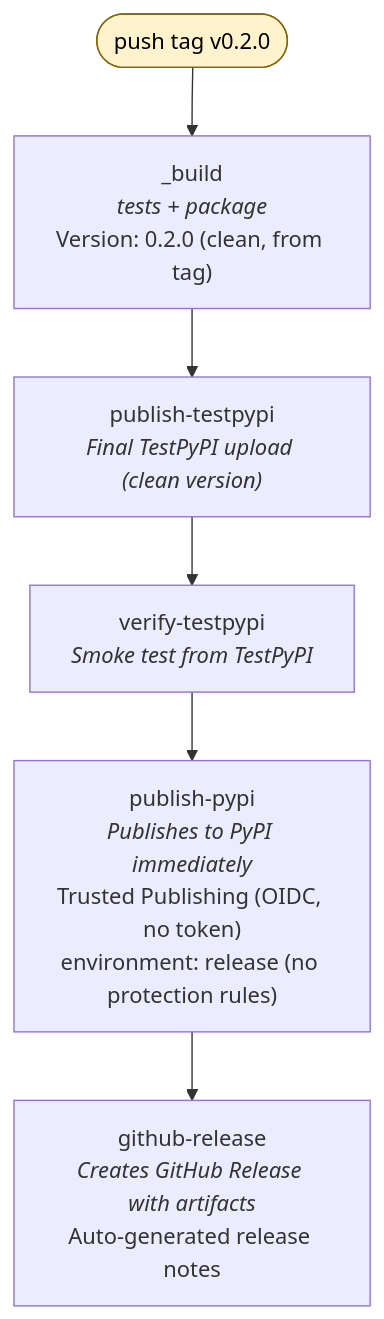
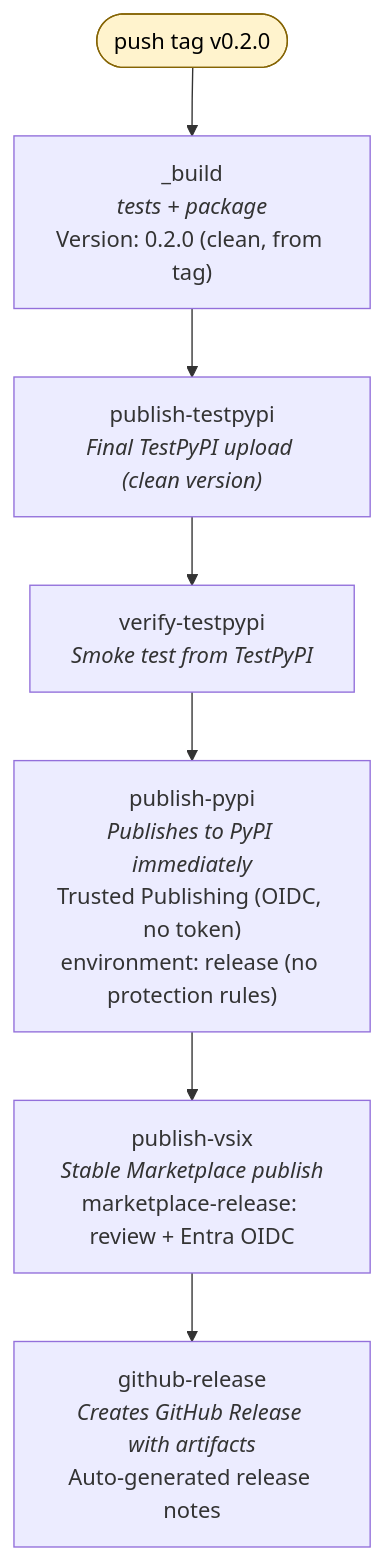
One commit to Azure/agentops changed the second of 3 diagrams in docs/release-process.md. Above: the diagram before and after it, drawn with Mermaid. The commit also changed other lines of this file and 12 other files, not shown here.

First line of the commit message:
ci: replace Marketplace PAT with Entra OIDC publishing

````diff
--- a/docs/release-process.md
+++ b/docs/release-process.md
@@ -538,14 +481,15 @@
 ```mermaid
 flowchart TD
     tag(["push tag v0.2.0"])
     build["_build<br/><i>tests + package</i><br/>Version: 0.2.0 (clean, from tag)"]
     publishTest["publish-testpypi<br/><i>Final TestPyPI upload (clean version)</i>"]
     verifyTest["verify-testpypi<br/><i>Smoke test from TestPyPI</i>"]
     publishPypi["publish-pypi<br/><i>Publishes to PyPI immediately</i><br/>Trusted Publishing (OIDC, no token)<br/>environment: release (no protection rules)"]
+    vsix["publish-vsix<br/><i>Stable Marketplace publish</i><br/>marketplace-release: review + Entra OIDC"]
     ghRelease["github-release<br/><i>Creates GitHub Release with artifacts</i><br/>Auto-generated release notes"]
 
-    tag --> build --> publishTest --> verifyTest --> publishPypi --> ghRelease
+    tag --> build --> publishTest --> verifyTest --> publishPypi --> vsix --> ghRelease
 
     classDef gate fill:#fff3cd,stroke:#856404,color:#000;
     class tag gate;
 ```
````
